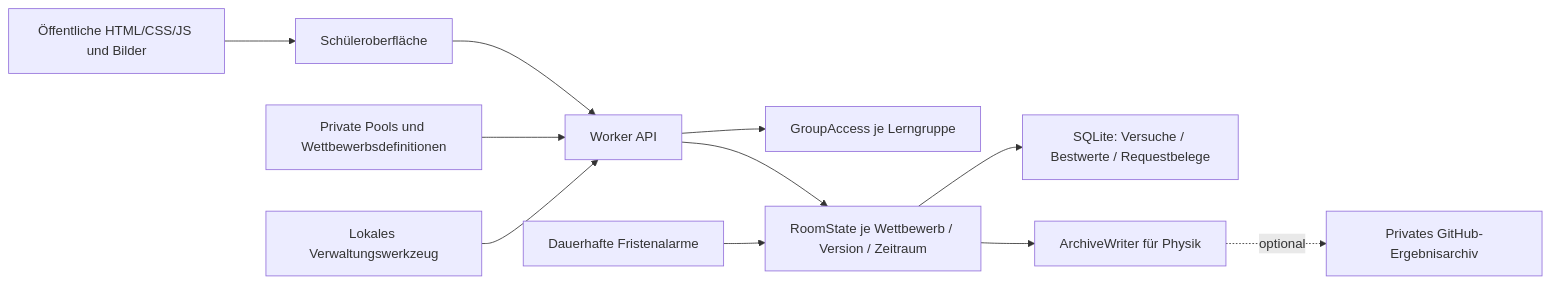
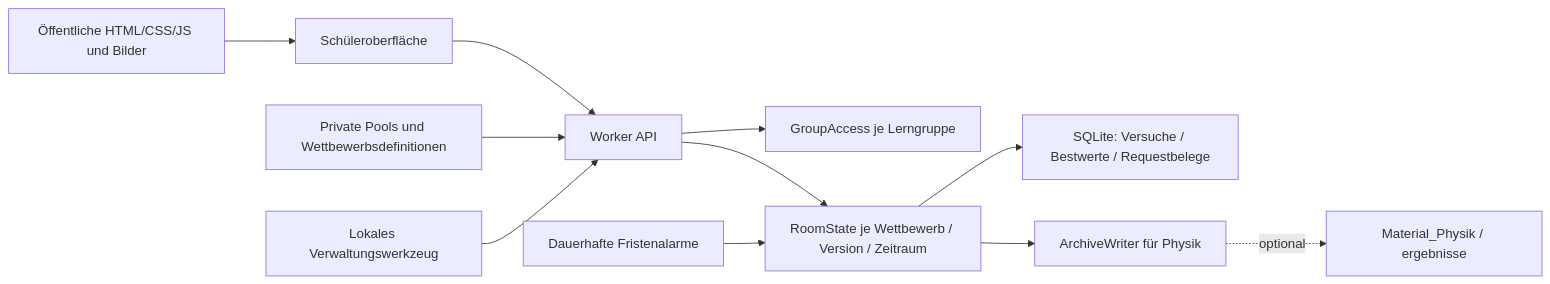
One commit to Hardenacke/Material_Physik changed the diagram in tools/wettkampf-api/docs/ARCHITEKTUR.md. Above: the diagram before and after it, drawn with Mermaid. The commit also changed other lines of this file and 103 other files, not shown here.

````diff
--- a/tools/wettkampf-api/docs/ARCHITEKTUR.md
+++ b/tools/wettkampf-api/docs/ARCHITEKTUR.md
@@ -3,13 +3,13 @@
 ```mermaid
 flowchart LR
   Browser[Schüleroberfläche] --> Worker[Worker API]
   Assets[Öffentliche HTML/CSS/JS und Bilder] --> Browser
   Private[Private Pools und Wettbewerbsdefinitionen] --> Worker
   Worker --> Group[GroupAccess je Lerngruppe]
   Worker --> Room[RoomState je Wettbewerb / Version / Zeitraum]
   Room --> SQL[SQLite: Versuche / Bestwerte / Requestbelege]
   Alarm[Dauerhafte Fristenalarme] --> Room
   Room --> Writer[ArchiveWriter für Physik]
-  Writer -. optional .-> GitHub[Privates GitHub-Ergebnisarchiv]
+  Writer -. optional .-> GitHub[Material_Physik / ergebnisse]
   Admin[Lokales Verwaltungswerkzeug] --> Worker
 ```
````
